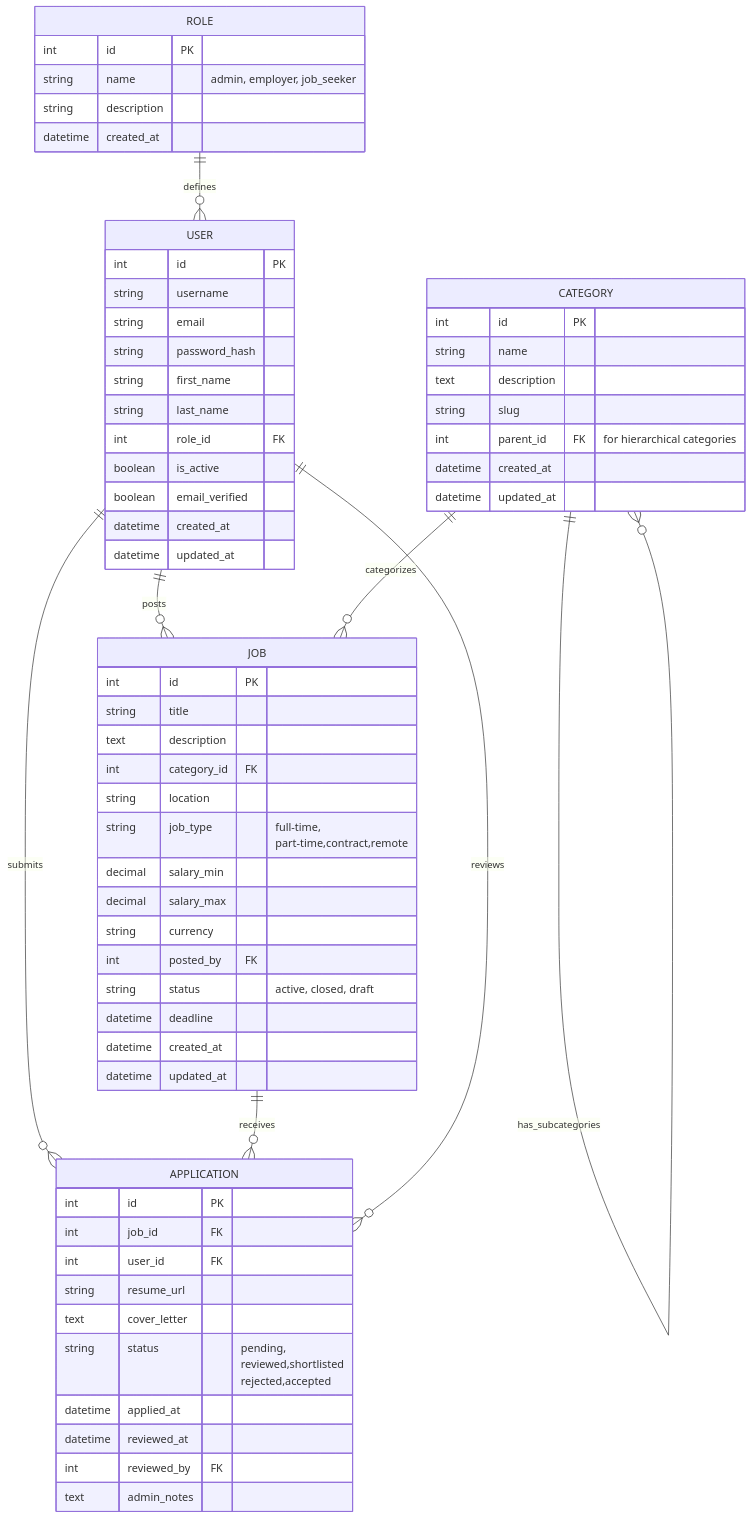
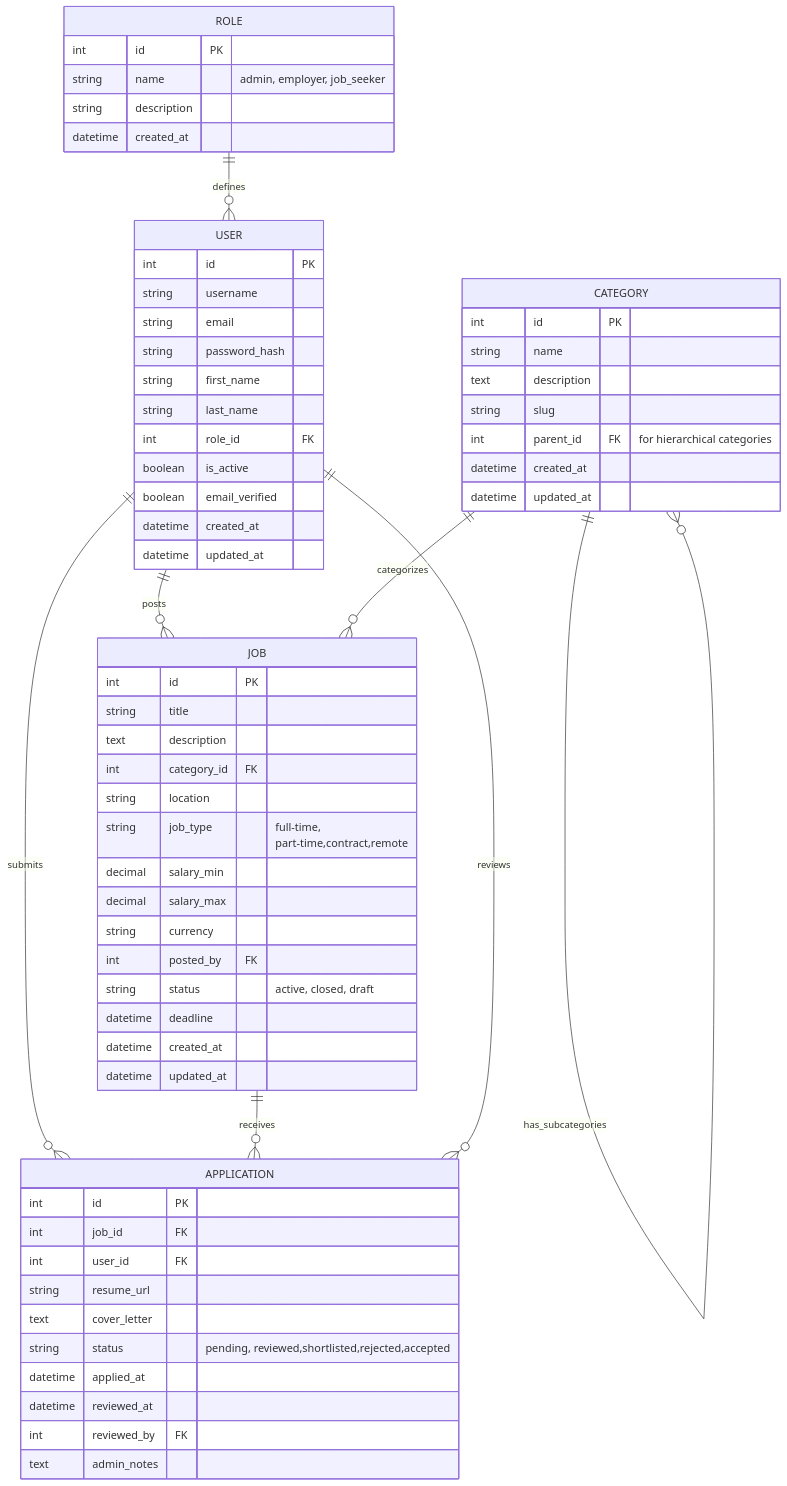
Before and after one commit to Martin-Mawien/alx-project-nexus-: the diagram in README.md, drawn with Mermaid.

````diff
--- a/README.md
+++ b/README.md
@@ -126,74 +126,72 @@
 ```mermaid
 erDiagram
     USER {
         int id PK
         string username
         string email
         string password_hash
         string first_name
         string last_name
         int role_id FK
         boolean is_active
         boolean email_verified
         datetime created_at
         datetime updated_at
     }
     
     ROLE {
         int id PK
         string name "admin, employer, job_seeker"
         string description
         datetime created_at
     }
 
     JOB {
         int id PK
         string title
         text description
         int category_id FK
         string location
         string job_type "full-time,
         part-time,contract,remote"
         decimal salary_min
         decimal salary_max
         string currency
         int posted_by FK
         string status "active, closed, draft"
         datetime deadline
         datetime created_at
         datetime updated_at
     }
 
     CATEGORY {
         int id PK
         string name
         text description
         string slug
         int parent_id FK "for hierarchical categories"
         datetime created_at
         datetime updated_at
     }
 
     APPLICATION {
         int id PK
         int job_id FK
         int user_id FK
         string resume_url
         text cover_letter
-        string status "pending,
-reviewed,shortlisted
-        rejected,accepted"
+        string status "pending, reviewed,shortlisted,rejected,accepted"
         datetime applied_at
         datetime reviewed_at
         int reviewed_by FK
         text admin_notes
     }
     
     USER ||--o{ APPLICATION : "submits"
     USER ||--o{ JOB : "posts"
     JOB ||--o{ APPLICATION : "receives"
     CATEGORY ||--o{ JOB : "categorizes"
     CATEGORY ||--o{ CATEGORY : "has_subcategories"
     ROLE ||--o{ USER : "defines"
     USER ||--o{ APPLICATION : "reviews"
 ```
````
